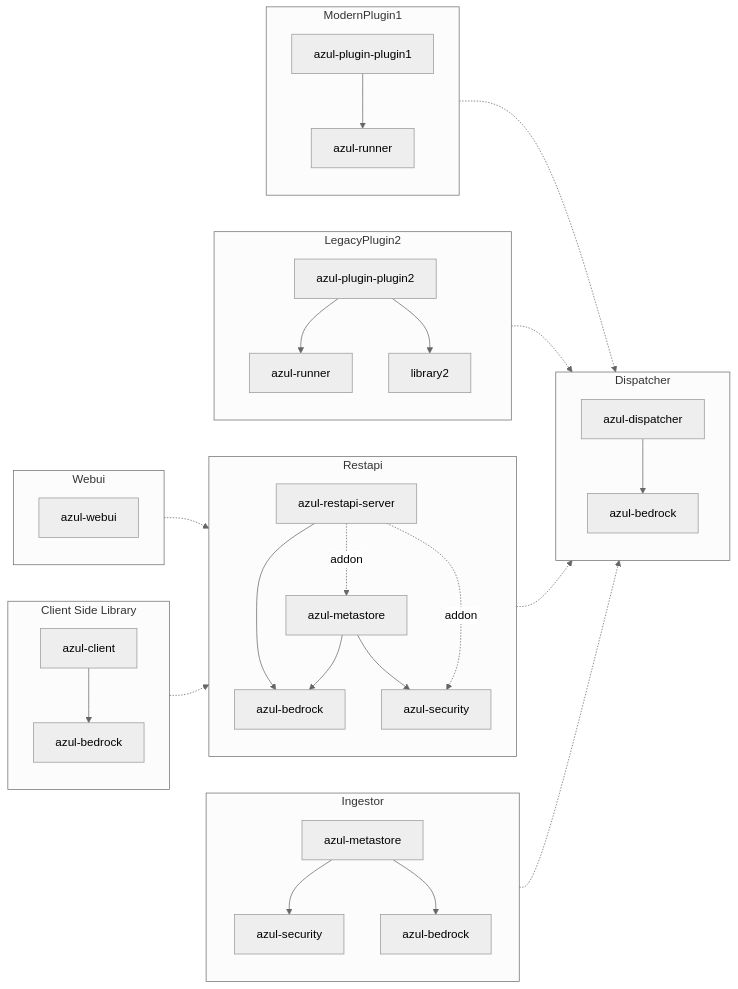
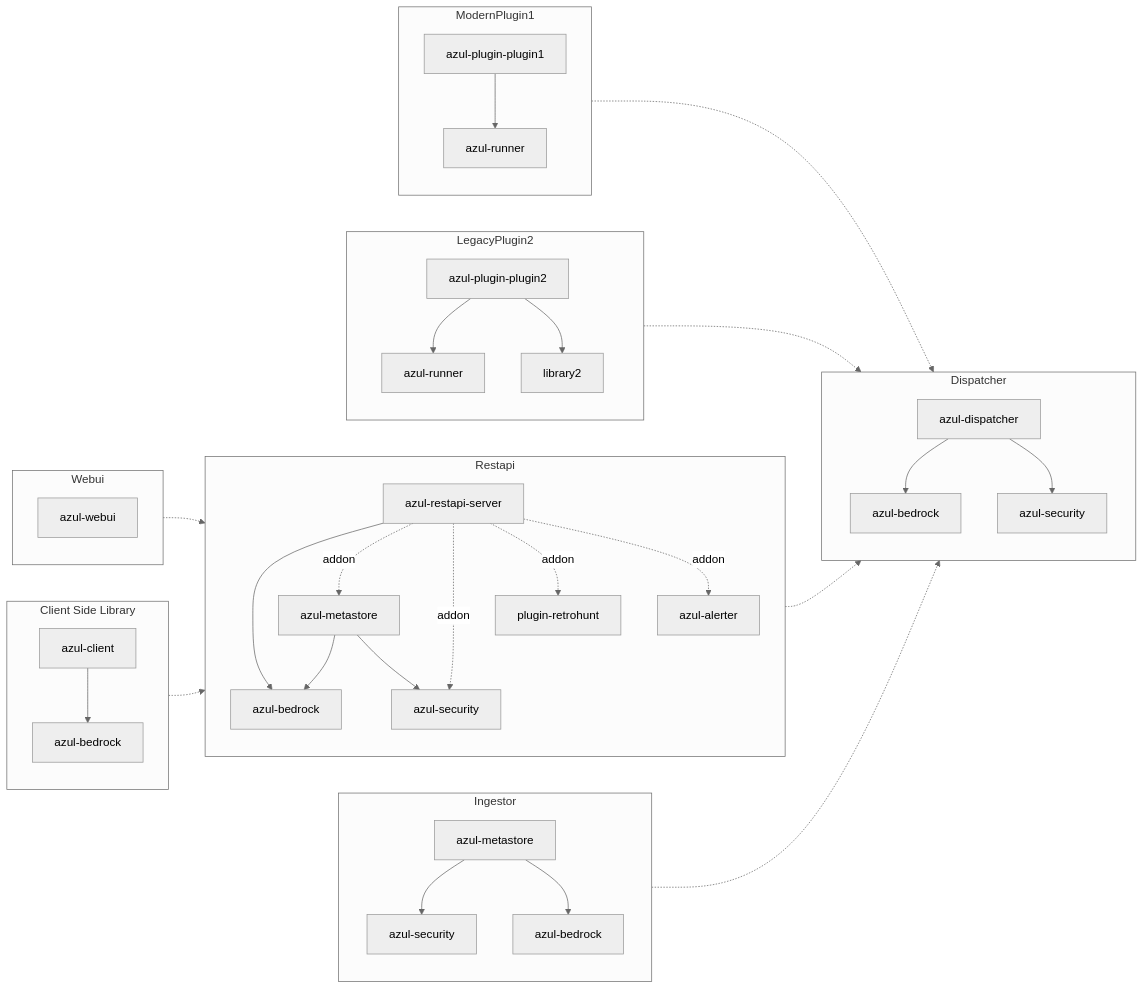
One commit to AustralianCyberSecurityCentre/azul-docs changed the diagram in docs/developer-guide/detailed/repository-links.md. Above: the diagram before and after it, drawn with Mermaid (neutral theme). The commit also changed 11 other files, not shown here.

````diff
--- a/docs/developer-guide/detailed/repository-links.md
+++ b/docs/developer-guide/detailed/repository-links.md
@@ -6,42 +6,45 @@
 ```mermaid
 flowchart LR
   subgraph Restapi
     direction TB
     azul-metastore --> azul-bedrock
     azul-metastore --> azul-security
     azul-restapi-server --> azul-bedrock
     azul-restapi-server -. addon .-> azul-metastore
     azul-restapi-server -. addon .-> azul-security
+    azul-restapi-server -. addon .-> plugin-retrohunt
+    azul-restapi-server -. addon .-> azul-alerter
   end
   subgraph Ingestor
     direction TB
     ingm[azul-metastore] --> ings[azul-security]
     ingm[azul-metastore] --> ingb[azul-bedrock]
   end
   subgraph ModernPlugin1
     direction TB
     azul-plugin-plugin1 --> p1r[azul-runner]
   end
   subgraph LegacyPlugin2
     direction TB
     azul-plugin-plugin2 --> p2r[azul-runner]
     azul-plugin-plugin2 --> library2
   end
   subgraph Dispatcher
     direction TB
     azul-dispatcher --> ind[azul-bedrock]
+    azul-dispatcher --> inds[azul-security]
   end
   subgraph Webui
     azul-webui
   end
   ModernPlugin1 -.-> Dispatcher
   LegacyPlugin2 -.-> Dispatcher
   Restapi -.-> Dispatcher
   Ingestor -.-> Dispatcher
   Webui -.-> Restapi
   Client -.-> Restapi
   subgraph Client[Client Side Library]
     azul-client
     azul-client --> ine[azul-bedrock]
   end
 ```
````
